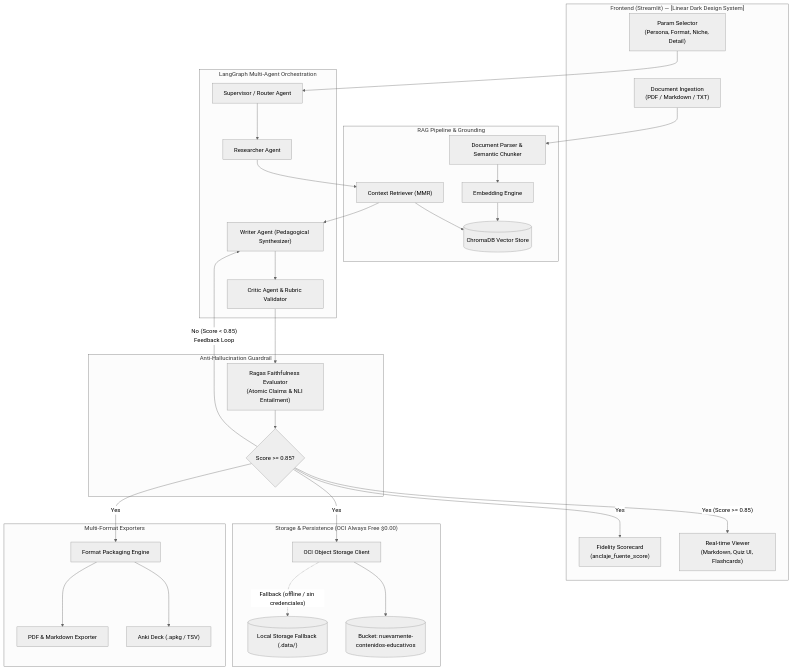
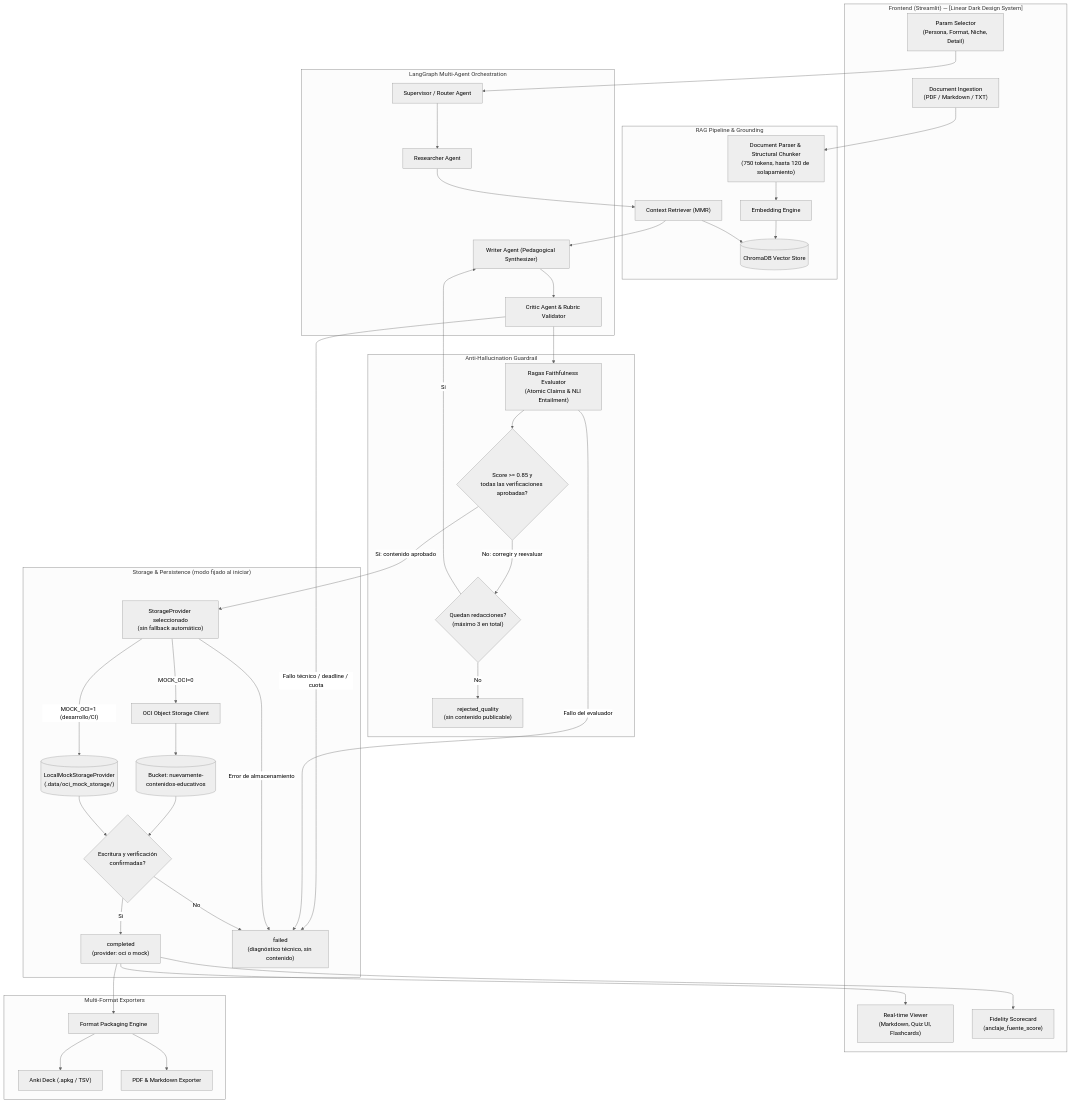
The diagram in README.md (No-Country-simulation/G10-Equipo38-NuevaMente), drawn with Mermaid (neutral theme) before and after one commit. The commit also changed other lines of this file, not shown here.

Commit message:
docs: alinear README con contratos de calidad y almacenamiento

````diff
--- a/README.md
+++ b/README.md
@@ -27,61 +27,76 @@
 ```mermaid
 flowchart TB
     subgraph UI ["Frontend (Streamlit) — [Linear Dark Design System]"]
         DocInput["Document Ingestion<br/>(PDF / Markdown / TXT)"]
         Params["Param Selector<br/>(Persona, Format, Niche, Detail)"]
         Display["Real-time Viewer<br/>(Markdown, Quiz UI, Flashcards)"]
         ScoreWidget["Fidelity Scorecard<br/>(anclaje_fuente_score)"]
     end
 
     subgraph RAG ["RAG Pipeline & Grounding"]
-        Parser["Document Parser & Semantic Chunker"]
+        Parser["Document Parser & Structural Chunker<br/>(750 tokens, hasta 120 de solapamiento)"]
         Embedder["Embedding Engine"]
         Chroma[("ChromaDB Vector Store")]
         Retriever["Context Retriever (MMR)"]
     end
 
     subgraph AGENTS ["LangGraph Multi-Agent Orchestration"]
         Supervisor["Supervisor / Router Agent"]
         Researcher["Researcher Agent"]
         Writer["Writer Agent (Pedagogical Synthesizer)"]
         Critic["Critic Agent & Rubric Validator"]
     end
 
     subgraph VERIFICATION ["Anti-Hallucination Guardrail"]
         RagasFaithfulness["Ragas Faithfulness Evaluator<br/>(Atomic Claims & NLI Entailment)"]
-        Threshold{"Score >= 0.85?"}
+        Quality{"Score >= 0.85 y<br/>todas las verificaciones aprobadas?"}
+        Retry{"Quedan redacciones?<br/>(máximo 3 en total)"}
+        Rejected["rejected_quality<br/>(sin contenido publicable)"]
     end
 
-    subgraph STORAGE ["Storage & Persistence (OCI Always Free $0.00)"]
+    subgraph STORAGE ["Storage & Persistence (modo fijado al iniciar)"]
+        StorageProvider["StorageProvider seleccionado<br/>(sin fallback automático)"]
         OCIClient["OCI Object Storage Client"]
         Bucket[("Bucket: nuevamente-contenidos-educativos")]
-        MockFallback[("Local Storage Fallback (.data/)")]
+        MockStorage[("LocalMockStorageProvider<br/>(.data/oci_mock_storage/)")]
+        Confirmed{"Escritura y verificación<br/>confirmadas?"}
+        Completed["completed<br/>(provider: oci o mock)"]
+        Failed["failed<br/>(diagnóstico técnico, sin contenido)"]
     end
 
     subgraph EXPORT ["Multi-Format Exporters"]
         ExportRouter["Format Packaging Engine"]
         AnkiExport["Anki Deck (.apkg / TSV)"]
         DocExport["PDF & Markdown Exporter"]
         ExportRouter --> AnkiExport
         ExportRouter --> DocExport
     end
 
     %% Flujos de Información
     DocInput --> Parser --> Embedder --> Chroma
     Params --> Supervisor
     Supervisor --> Researcher
     Researcher --> Retriever --> Chroma
     Retriever --> Writer
     Writer --> Critic
     Critic --> RagasFaithfulness
-    RagasFaithfulness --> Threshold
+    RagasFaithfulness --> Quality
+    Critic -- "Fallo técnico / deadline / cuota" --> Failed
+    RagasFaithfulness -- "Fallo del evaluador" --> Failed
+    Quality -- "No: corregir y reevaluar" --> Retry
+    Retry -- "Sí" --> Writer
+    Retry -- "No" --> Rejected
+    Quality -- "Sí: contenido aprobado" --> StorageProvider
 
-    Threshold -- "No (Score < 0.85)<br/>Feedback Loop" --> Writer
-    Threshold -- "Yes (Score >= 0.85)" --> Display
-    Threshold -- "Yes" --> ScoreWidget
-    Threshold -- "Yes" --> OCIClient
-    Threshold -- "Yes" --> ExportRouter
-
+    StorageProvider -- "MOCK_OCI=0" --> OCIClient
+    StorageProvider -- "MOCK_OCI=1 (desarrollo/CI)" --> MockStorage
     OCIClient --> Bucket
-    OCIClient -. "Fallback (offline / sin credenciales)" .-> MockFallback
+    Bucket --> Confirmed
+    MockStorage --> Confirmed
+    StorageProvider -- "Error de almacenamiento" --> Failed
+    Confirmed -- "No" --> Failed
+    Confirmed -- "Sí" --> Completed
+    Completed --> Display
+    Completed --> ScoreWidget
+    Completed --> ExportRouter
 ```
````
